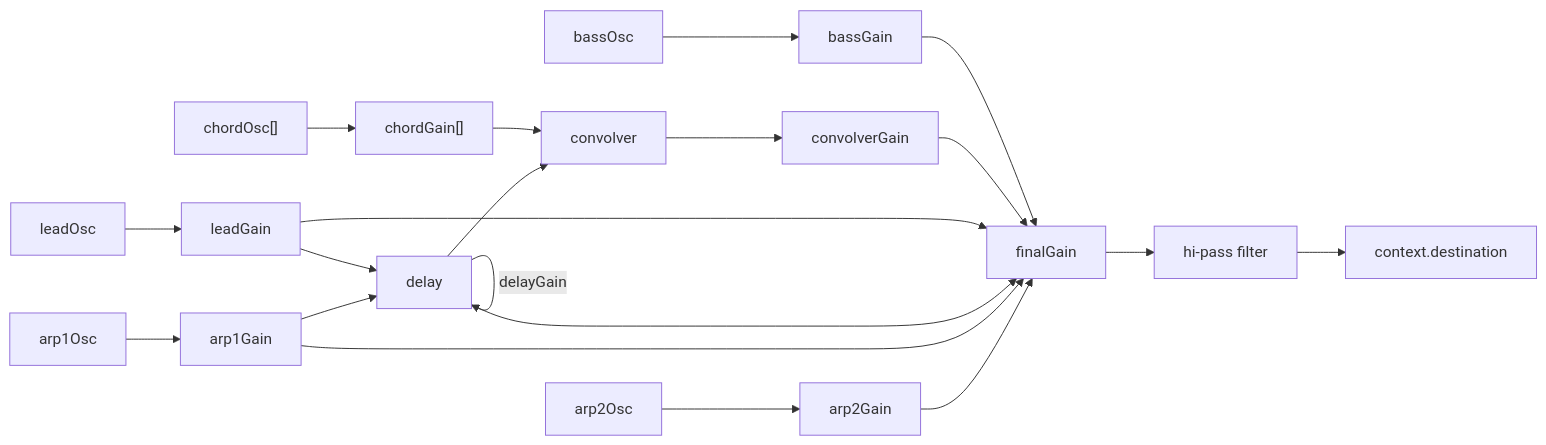
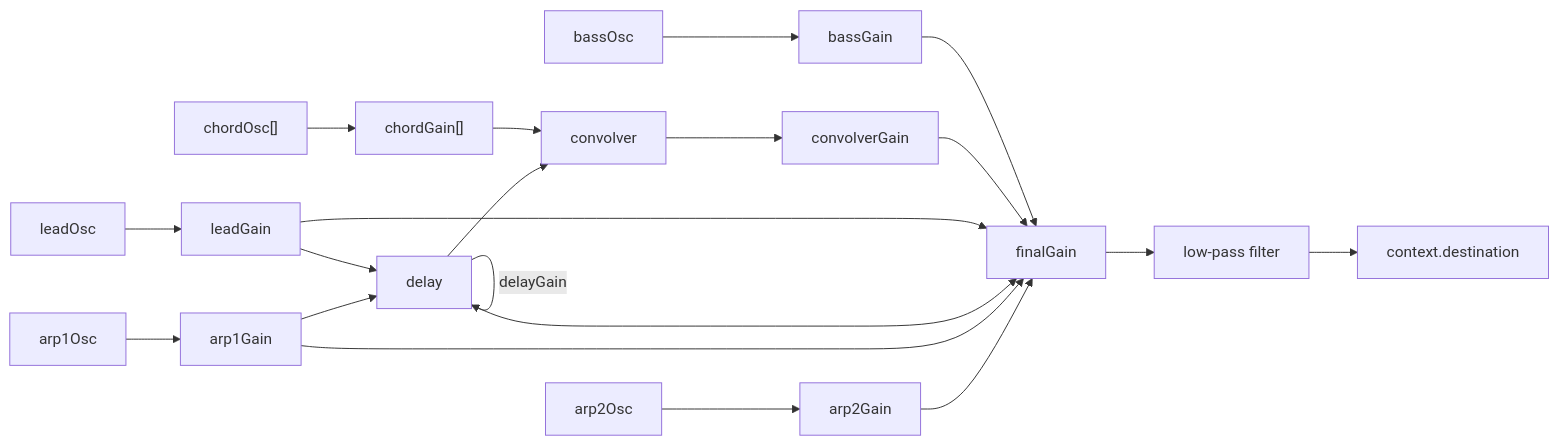
One commit to albertodoimo/ACTAM changed the diagram in README.md. Above: the diagram before and after it, drawn with Mermaid. The commit also changed other lines of this file and 1 other file, not shown here.

````diff
--- a/README.md
+++ b/README.md
@@ -582,13 +584,13 @@
 ```mermaid
 graph LR
 A[bassOsc] -->B[bassGain]-->C[finalGain]
 D["chordOsc[]"] -->E["chordGain[]"]-->F[convolver]-->Z[convolverGain]-->C
 G[leadOsc]-->H[leadGain]-->C
 H[leadGain]-->I[delay]-->|delayGain|I
 I-->F
 I-->C
 M[arp1Osc]-->N[arp1Gain]-->C
 N-->I
 O[arp2Osc]-->P[arp2Gain]-->C
-C-->Q[hi-pass filter]-->R[context.destination]
+C-->Q[low-pass filter]-->R[context.destination]
 ```
````
